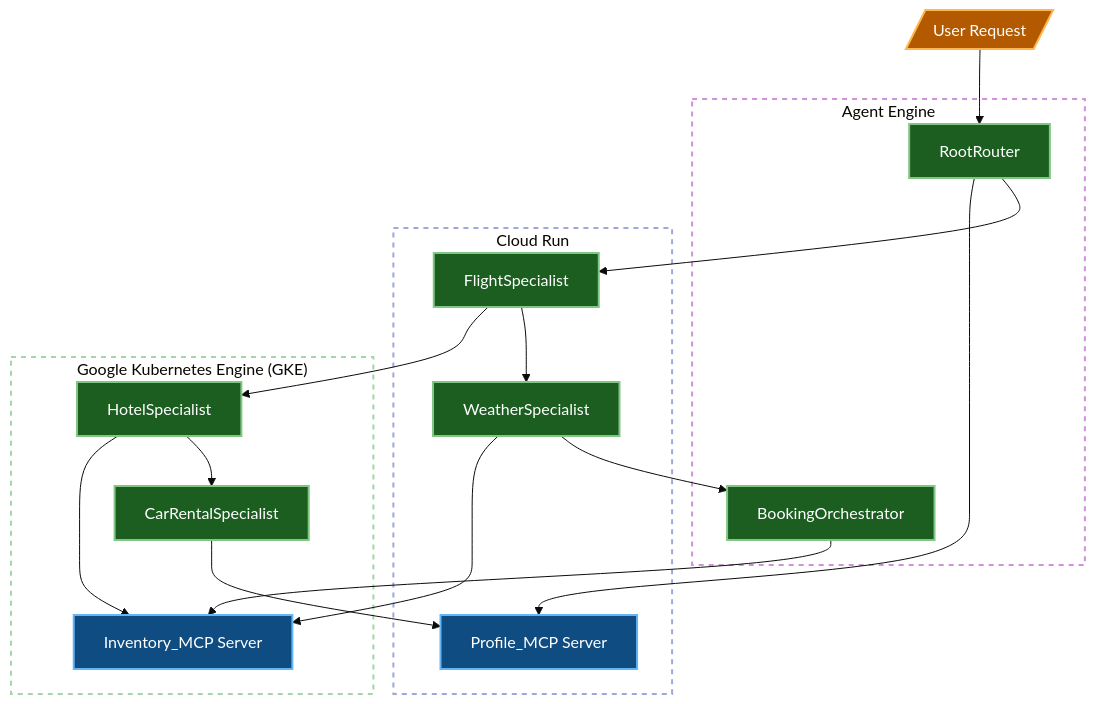
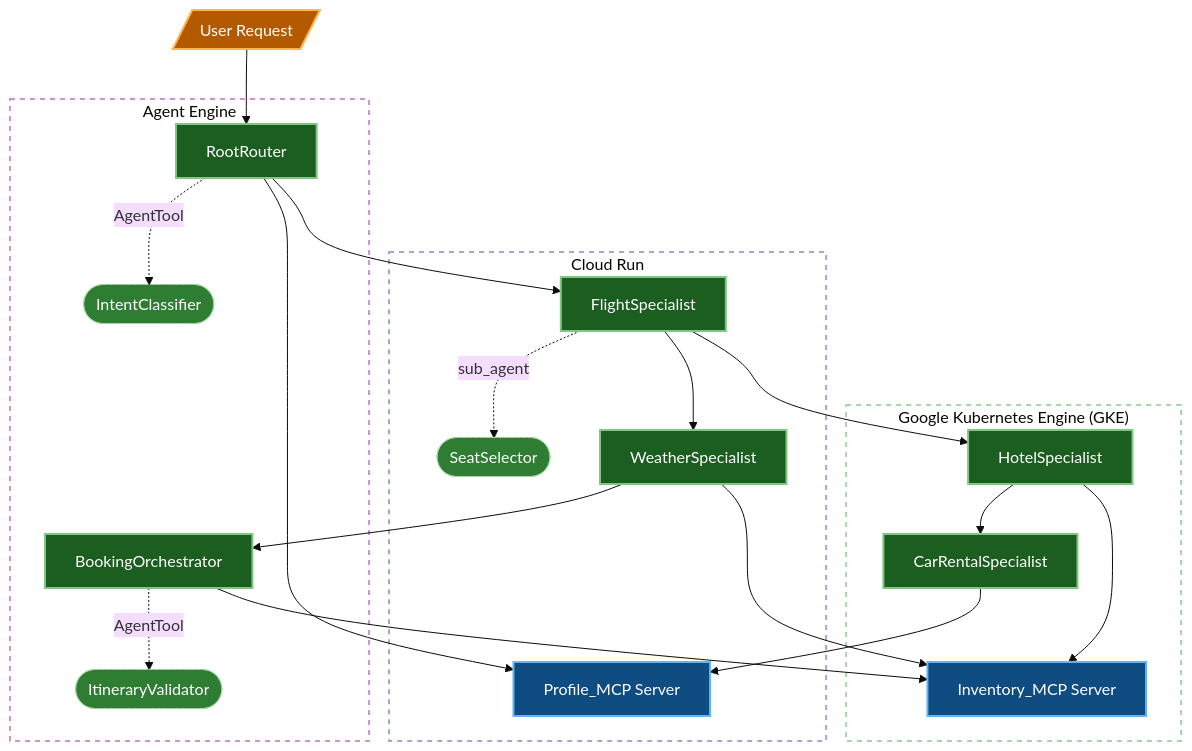
One commit to srtux/agent-testbed changed the first of 3 diagrams in README.md. Above: the diagram before and after it, drawn with Mermaid (base theme). The commit also changed other lines of this file and 7 other files, not shown here.

````diff
--- a/README.md
+++ b/README.md
@@ -38,47 +38,55 @@
 ```mermaid
 graph TD
     %% Define Classes
     classDef agent fill:#1b5e20,stroke:#81c784,stroke-width:2px,color:#ffffff;
+    classDef subagent fill:#2e7d32,stroke:#a5d6a7,stroke-width:1px,color:#ffffff,stroke-dasharray: 3 3;
     classDef mcp fill:#0f4c81,stroke:#64b5f6,stroke-width:2px,color:#ffffff;
     classDef user fill:#b35900,stroke:#ffb74d,stroke-width:2px,color:#ffffff;
+    classDef tool fill:#4a148c,stroke:#ce93d8,stroke-width:1px,color:#ffffff,font-size:10px;
 
     %% Environments
     subgraph AgentEngineEnv["Agent Engine"]
         RootRouter[RootRouter]:::agent
+        IntentClassifier([IntentClassifier]):::subagent
+        RootRouter -.->|AgentTool| IntentClassifier
         BookingOrchestrator[BookingOrchestrator]:::agent
+        ItineraryValidator([ItineraryValidator]):::subagent
+        BookingOrchestrator -.->|AgentTool| ItineraryValidator
     end
     style AgentEngineEnv fill:transparent,stroke:#ce93d8,stroke-width:2px,stroke-dasharray: 5 5
 
     subgraph CloudRunEnv["Cloud Run"]
         FlightSpecialist[FlightSpecialist]:::agent
+        SeatSelector([SeatSelector]):::subagent
+        FlightSpecialist -.->|sub_agent| SeatSelector
         WeatherSpecialist[WeatherSpecialist]:::agent
         ProfileMCP[Profile_MCP Server]:::mcp
     end
     style CloudRunEnv fill:transparent,stroke:#9fa8da,stroke-width:2px,stroke-dasharray: 5 5
 
     subgraph GKEEnv["Google Kubernetes Engine (GKE)"]
         Hotel[HotelSpecialist]:::agent
         Car[CarRentalSpecialist]:::agent
         InvMCP[Inventory_MCP Server]:::mcp
     end
     style GKEEnv fill:transparent,stroke:#a5d6a7,stroke-width:2px,stroke-dasharray: 5 5
 
     %% Dependencies / Call Hierarchy
     User[/User Request/]:::user --> RootRouter
-    
+
     RootRouter --> ProfileMCP
     RootRouter --> FlightSpecialist
-    
+
     FlightSpecialist --> Hotel
     FlightSpecialist --> WeatherSpecialist
-    
+
     Hotel --> InvMCP
     Hotel --> Car
-    
+
     Car --> ProfileMCP
-    
+
     WeatherSpecialist --> InvMCP
     WeatherSpecialist --> BookingOrchestrator
-    
+
     BookingOrchestrator --> InvMCP
 ```
````
